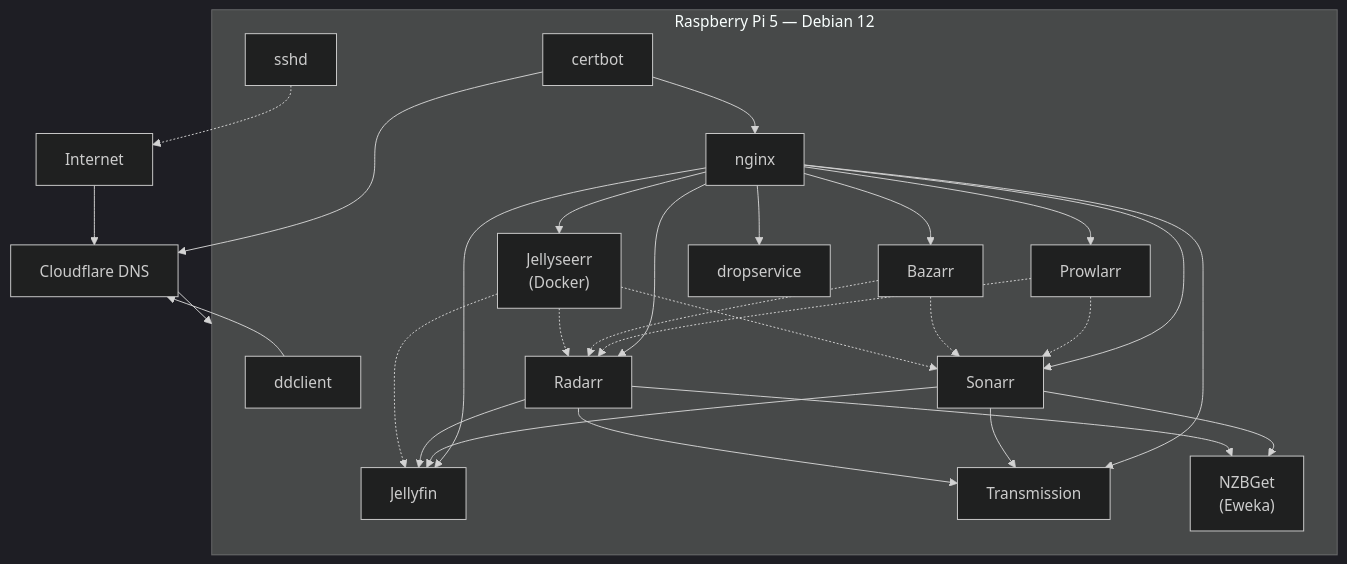
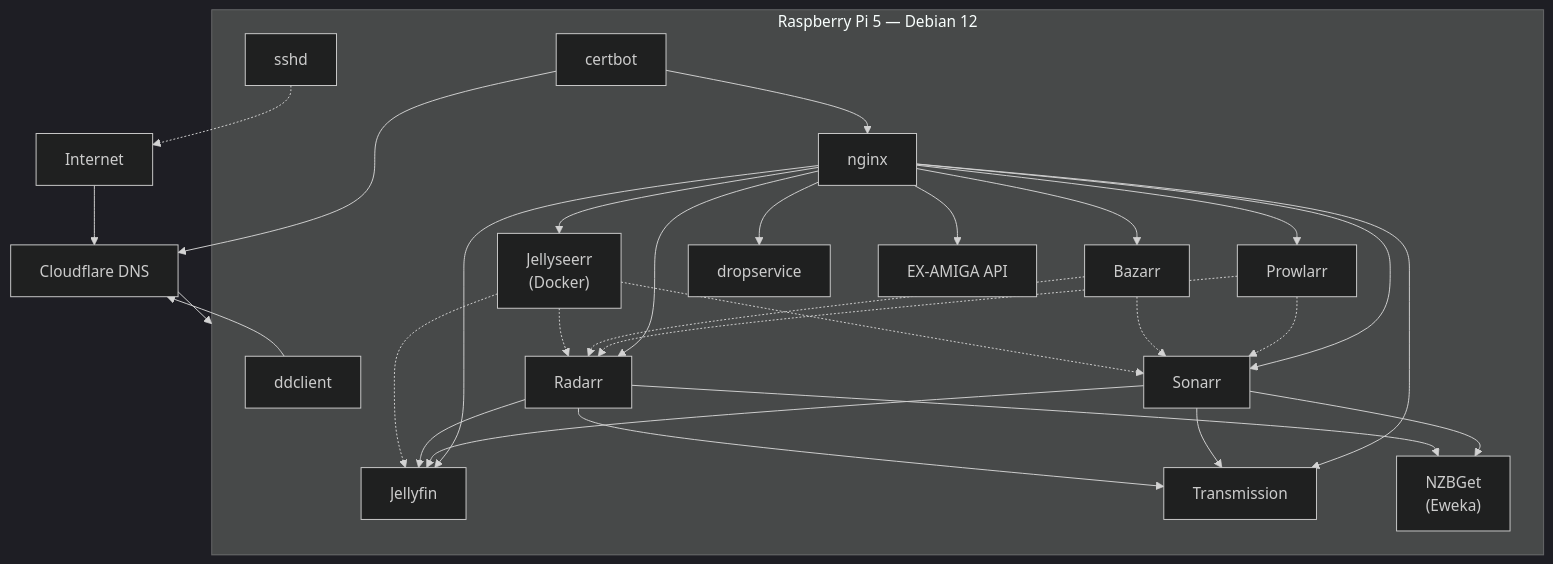
The diagram in README.md (sillyash/homelab), drawn with Mermaid (dark theme) before and after one commit. The commit also changed other lines of this file and 5 other files, not shown here.

First line of the commit message:
feat: add EX-AMIGA API (api.examigaband.com)

````diff
--- a/README.md
+++ b/README.md
@@ -11,50 +11,52 @@
 ```mermaid
 graph TB
     Internet[Internet]
     Cloudflare["Cloudflare DNS"]
 
     subgraph Pi["Raspberry Pi 5 — Debian 12"]
         ddclient["ddclient"]
         certbot["certbot"]
         nginx["nginx"]
         jellyfin["Jellyfin"]
         transmission["Transmission"]
         nzbget["NZBGet<br>(Eweka)"]
         prowlarr["Prowlarr"]
         sonarr["Sonarr"]
         radarr["Radarr"]
         bazarr["Bazarr"]
         jellyseerr["Jellyseerr<br>(Docker)"]
         dropservice["dropservice"]
+        examiga["EX-AMIGA API"]
         sshd["sshd"]
     end
 
     Internet --> Cloudflare --> Pi
     ddclient --> Cloudflare
     certbot --> Cloudflare
     certbot --> nginx
 
     nginx --> jellyfin
     nginx --> transmission
     nginx --> prowlarr
     nginx --> sonarr
     nginx --> radarr
     nginx --> bazarr
     nginx --> jellyseerr
     nginx --> dropservice
+    nginx --> examiga
     sshd -.-> Internet
 
     prowlarr -.-> sonarr
     prowlarr -.-> radarr
     sonarr --> transmission
     sonarr --> nzbget
     radarr --> transmission
     radarr --> nzbget
     bazarr -.-> sonarr
     bazarr -.-> radarr
     sonarr --> jellyfin
     radarr --> jellyfin
     jellyseerr -.-> jellyfin
     jellyseerr -.-> sonarr
     jellyseerr -.-> radarr
 ```
````
